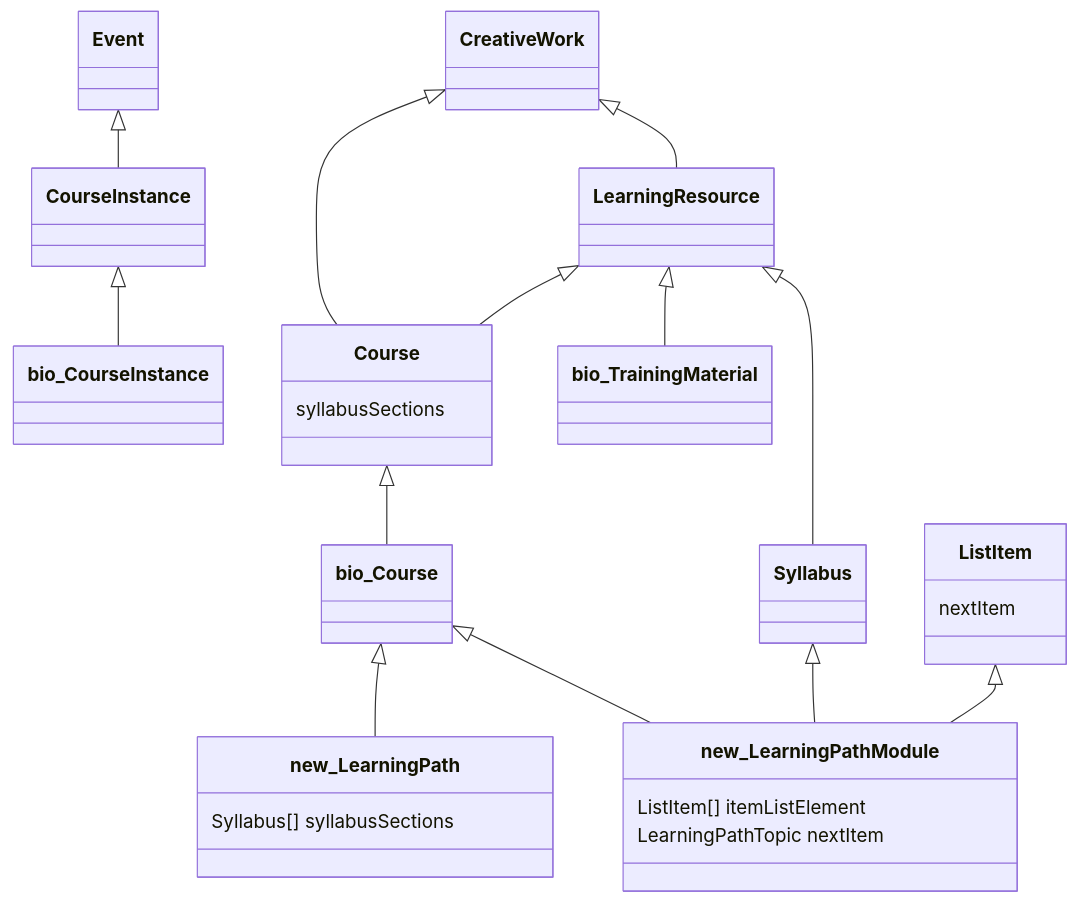
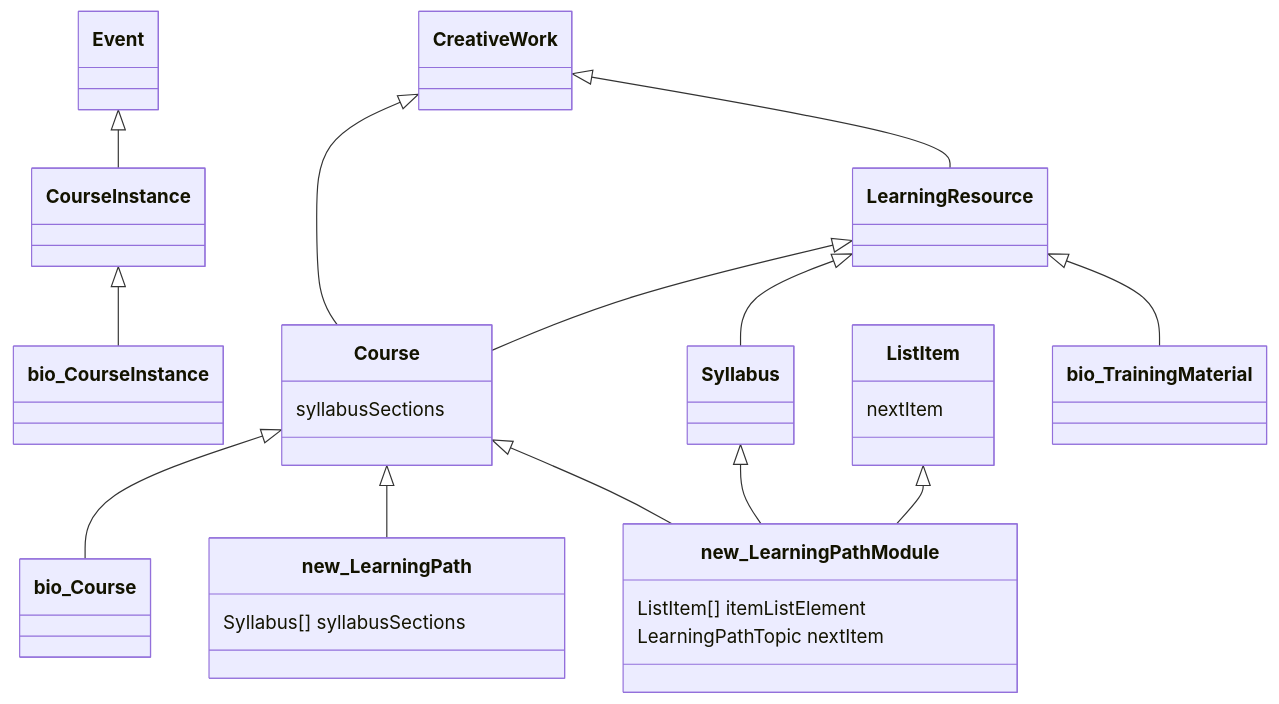
One commit to BioSchemas/LearningPath-sandbox changed the fourth of 4 diagrams in README.md. Above: the diagram before and after it, drawn with Mermaid.

Commit message:
Correct inheritance for Course

````diff
--- a/README.md
+++ b/README.md
@@ -282,43 +282,43 @@
 ```mermaid
 classDiagram
 direction TB
     class Event {
     }
     class CourseInstance {
     }
     class bio_CourseInstance {
     }
     class bio_Course {
     }
     class Course {
         syllabusSections
     }
     class new_LearningPath {
         Syllabus[] syllabusSections
     }
     class ListItem {
 	    nextItem
     }
     class Syllabus {  
     }
     class new_LearningPathModule {
         ListItem[] itemListElement
         LearningPathTopic nextItem
     }
     class LearningResource {
     }
     class bio_TrainingMaterial {
     }
     Course <|-- bio_Course
-    bio_Course <|-- new_LearningPath
-    bio_Course <|-- new_LearningPathModule
+    Course <|-- new_LearningPath
+    Course <|-- new_LearningPathModule
     Syllabus <|-- new_LearningPathModule
     ListItem <|-- new_LearningPathModule
     CreativeWork <|-- LearningResource
     CreativeWork <|-- Course
     LearningResource <|-- Course
     LearningResource <|-- Syllabus
     Event <|-- CourseInstance
     CourseInstance <|-- bio_CourseInstance
     LearningResource <|-- bio_TrainingMaterial
 ```
````
